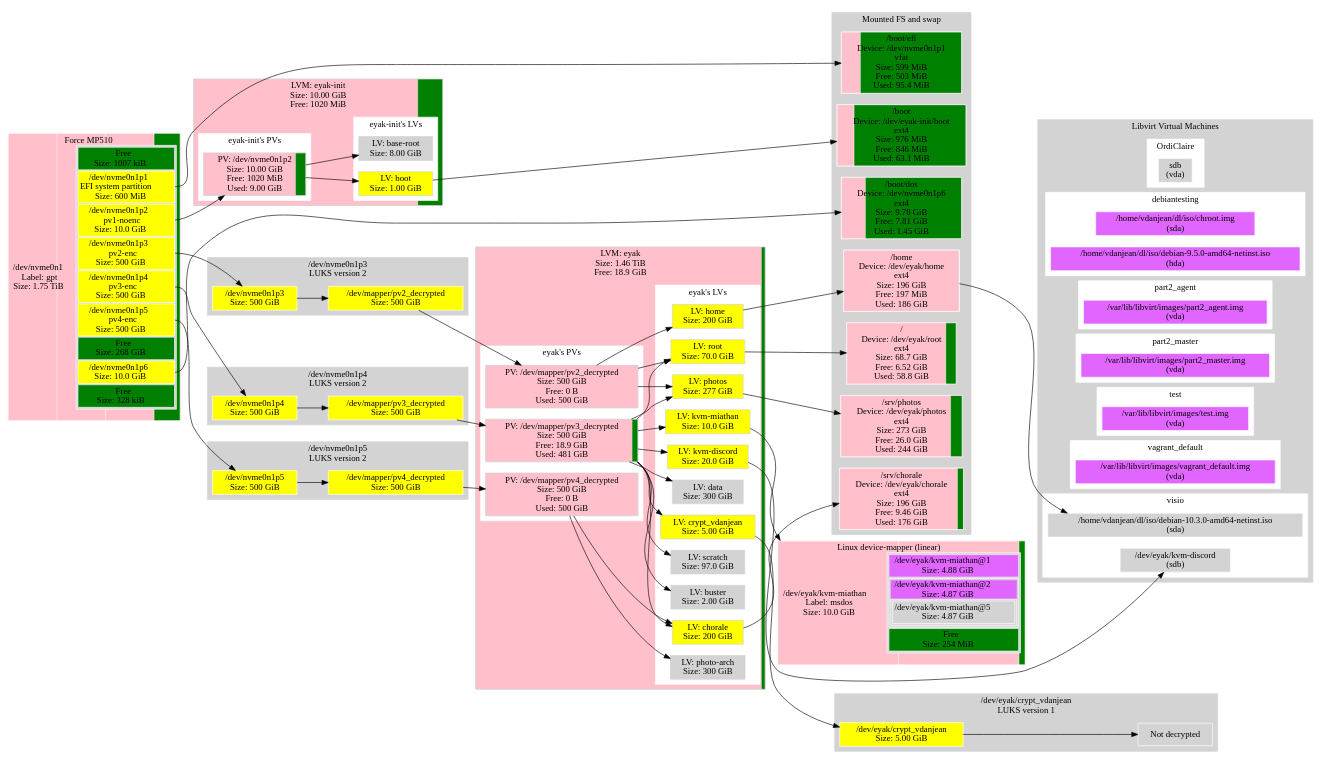
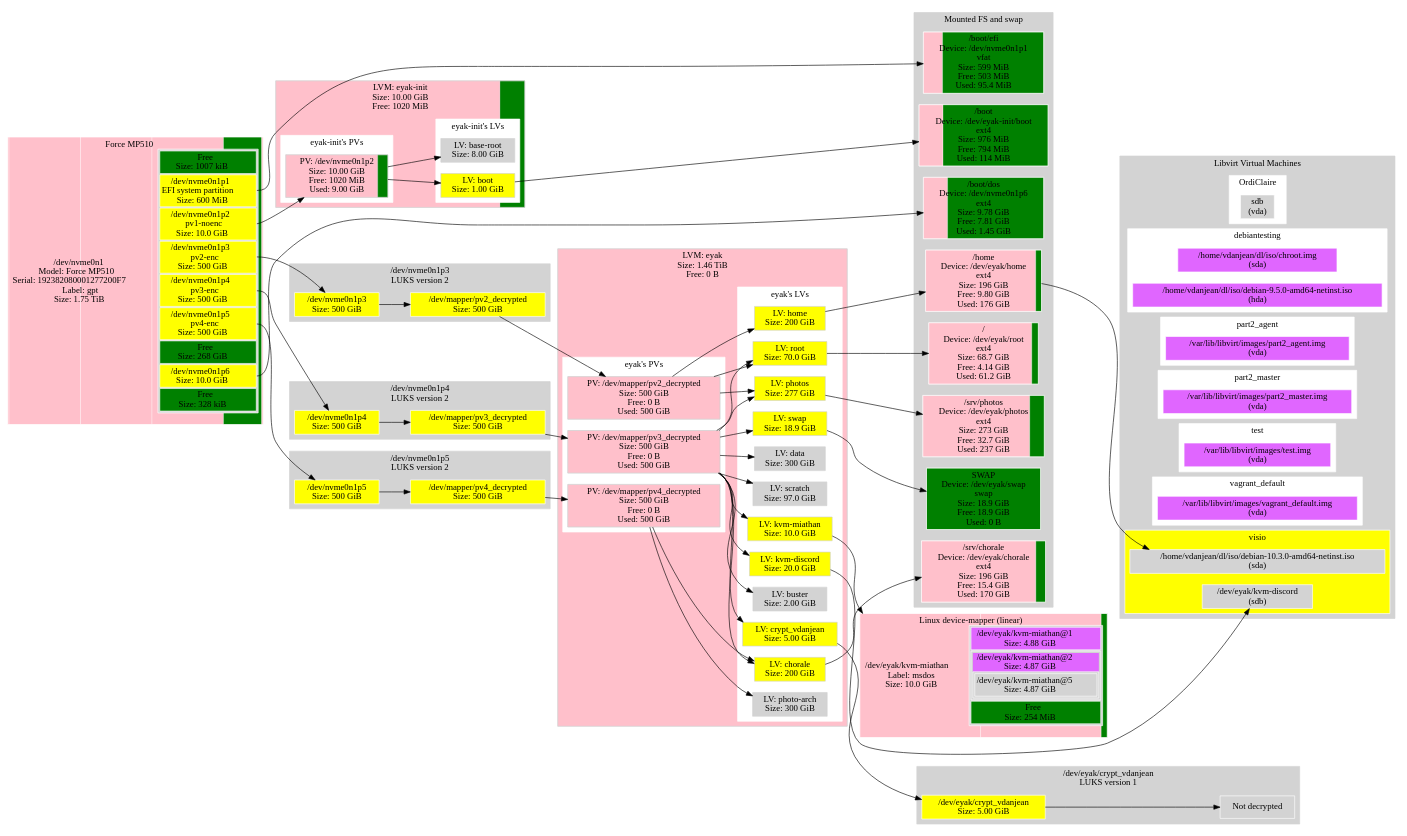
The diagram in distros/S/StorageDisplay/data/localhost.ref.dot (metacpan/metacpan-cpan-extracted), drawn with Graphviz before and after one commit. The commit also changed 2801 other files, not shown here.

```diff
--- a/distros/S/StorageDisplay/data/localhost.ref.dot
+++ b/distros/S/StorageDisplay/data/localhost.ref.dot
@@ -43,7 +43,7 @@
 	]; }
 	{ "@Part: nvme0n1" [
 		label=<<TABLE BORDER="0" CELLPADDING="0" CELLSPACING="0">
-				<TR> <TD COLSPAN="2">Force MP510</TD> </TR><TR><TD >/dev/nvme0n1<BR/>Label: gpt<BR/>Size: 1.75 TiB</TD>    <TD BGCOLOR="lightgrey">
+				<TR> <TD COLSPAN="2">Force MP510</TD> </TR><TR><TD >/dev/nvme0n1<BR/>Model: Force MP510<BR/>Serial: 192382080001277200F7<BR/>Label: gpt<BR/>Size: 1.75 TiB</TD>    <TD BGCOLOR="lightgrey">
 				<TABLE >
 					<TR>
 						<TD bgcolor="green">
@@ -114,10 +114,10 @@
 				style=striped;fillcolor="pink;1.000000.2:green"
 			]; }
 			{ "LVM@eyak@PV@dm-4" [
-				label="PV: /dev/mapper/pv3_decrypted\nSize: 500 GiB\nFree: 18.9 GiB\nUsed: 481 GiB";
-				style=striped;fillcolor="pink;0.962116.2:green"
+				label="PV: /dev/mapper/pv3_decrypted\nSize: 500 GiB\nFree: 0 B\nUsed: 500 GiB";
+				style=striped;fillcolor="pink;1.000000.2:green"
 			]; }
-			{ "LVM@eyak@PV@dm-13" [
+			{ "LVM@eyak@PV@dm-14" [
 				label="PV: /dev/mapper/pv4_decrypted\nSize: 500 GiB\nFree: 0 B\nUsed: 500 GiB";
 				style=striped;fillcolor="pink;1.000000.2:green"
 			]; }
@@ -130,7 +130,7 @@
 				label="LV: buster\nSize: 2.00 GiB";
 				fillcolor="lightgrey"
 			]; }
-			{ "dm-15" [
+			{ "dm-16" [
 				label="LV: chorale\nSize: 200 GiB";
 				fillcolor="yellow"
 			]; }
@@ -154,7 +154,7 @@
 				label="LV: kvm-miathan\nSize: 10.0 GiB";
 				fillcolor="yellow"
 			]; }
-			{ "dm-14" [
+			{ "dm-15" [
 				label="LV: photo-arch\nSize: 300 GiB";
 				fillcolor="lightgrey"
 			]; }
@@ -170,10 +170,14 @@
 				label="LV: scratch\nSize: 97.0 GiB";
 				fillcolor="lightgrey"
 			]; }
+			{ "dm-13" [
+				label="LV: swap\nSize: 18.9 GiB";
+				fillcolor="yellow"
+			]; }
 			label="eyak's LVs";
 		}
-		label="LVM: eyak\nSize: 1.46 TiB\nFree: 18.9 GiB";
-		style=striped;fillcolor="pink;0.987372.2:green"
+		label="LVM: eyak\nSize: 1.46 TiB\nFree: 0 B";
+		style=striped;fillcolor="pink;1.000000.2:green"
 	}
 	subgraph "cluster_eyak-init" {
 		style=filled;
@@ -258,7 +262,7 @@
 			label="/dev/nvme0n1p5\nSize: 500 GiB";
 			fillcolor="yellow"
 		]; }
-		{ "dm-13" [
+		{ "dm-14" [
 			label="/dev/mapper/pv4_decrypted\nSize: 500 GiB";
 			fillcolor="yellow"
 		]; }
@@ -269,29 +273,33 @@
 		color=lightgrey;
 		fillcolor=lightgrey;
 		node [style=filled,color=white,fillcolor=lightgrey,shape=rectangle];
+		{ "@FS@SWAP" [
+			label="SWAP\nDevice: /dev/eyak/swap\nswap\nSize: 18.9 GiB\nFree: 18.9 GiB\nUsed: 0 B";
+			style=striped;fillcolor="green"
+		]; }
 		{ "@FS@/boot" [
-			label="/boot\nDevice: /dev/eyak-init/boot\next4\nSize: 976 MiB\nFree: 846 MiB\nUsed: 63.1 MiB";
-			style=striped;fillcolor="pink;0.133515.2:green"
+			label="/boot\nDevice: /dev/eyak-init/boot\next4\nSize: 976 MiB\nFree: 794 MiB\nUsed: 114 MiB";
+			style=striped;fillcolor="pink;0.185962.2:green"
 		]; }
 		{ "@FS@/srv/chorale" [
-			label="/srv/chorale\nDevice: /dev/eyak/chorale\next4\nSize: 196 GiB\nFree: 9.46 GiB\nUsed: 176 GiB";
-			style=striped;fillcolor="pink;0.951683.2:green"
+			label="/srv/chorale\nDevice: /dev/eyak/chorale\next4\nSize: 196 GiB\nFree: 15.4 GiB\nUsed: 170 GiB";
+			style=striped;fillcolor="pink;0.921532.2:green"
 		]; }
 		{ "@FS@/home" [
-			label="/home\nDevice: /dev/eyak/home\next4\nSize: 196 GiB\nFree: 197 MiB\nUsed: 186 GiB";
-			style=striped;fillcolor="pink;0.999017.2:green"
+			label="/home\nDevice: /dev/eyak/home\next4\nSize: 196 GiB\nFree: 9.80 GiB\nUsed: 176 GiB";
+			style=striped;fillcolor="pink;0.949954.2:green"
 		]; }
 		{ "@FS@/srv/photos" [
-			label="/srv/photos\nDevice: /dev/eyak/photos\next4\nSize: 273 GiB\nFree: 26.0 GiB\nUsed: 244 GiB";
-			style=striped;fillcolor="pink;0.904696.2:green"
+			label="/srv/photos\nDevice: /dev/eyak/photos\next4\nSize: 273 GiB\nFree: 32.7 GiB\nUsed: 237 GiB";
+			style=striped;fillcolor="pink;0.880000.2:green"
 		]; }
 		{ "@FS@/" [
-			label="/\nDevice: /dev/eyak/root\next4\nSize: 68.7 GiB\nFree: 6.52 GiB\nUsed: 58.8 GiB";
-			style=striped;fillcolor="pink;0.904970.2:green"
+			label="/\nDevice: /dev/eyak/root\next4\nSize: 68.7 GiB\nFree: 4.14 GiB\nUsed: 61.2 GiB";
+			style=striped;fillcolor="pink;0.939638.2:green"
 		]; }
 		{ "@FS@/boot/efi" [
 			label="/boot/efi\nDevice: /dev/nvme0n1p1\nvfat\nSize: 599 MiB\nFree: 503 MiB\nUsed: 95.4 MiB";
-			style=striped;fillcolor="pink;0.159267.2:green"
+			style=striped;fillcolor="pink;0.159398.2:green"
 		]; }
 		{ "@FS@/boot/dos" [
 			label="/boot/dos\nDevice: /dev/nvme0n1p6\next4\nSize: 9.78 GiB\nFree: 7.81 GiB\nUsed: 1.45 GiB";
@@ -376,24 +384,26 @@
 				label="/home/vdanjean/dl/iso/debian-10.3.0-amd64-netinst.iso\n(sda)";
 			]; }
 			label="visio";
+			fillcolor=yellow
 		}
 		label="Libvirt Virtual Machines";
 	}
 	// Links from LVM VG: eyak
 	"LVM@eyak@PV@dm-4" -> "dm-12"
-	"LVM@eyak@PV@dm-13" -> "dm-15"
-	"LVM@eyak@PV@dm-4" -> "dm-15"
+	"LVM@eyak@PV@dm-14" -> "dm-16"
+	"LVM@eyak@PV@dm-4" -> "dm-16"
 	"LVM@eyak@PV@dm-4" -> "dm-7"
 	"LVM@eyak@PV@dm-4" -> "dm-9"
 	"LVM@eyak@PV@dm-2" -> "dm-3"
 	"LVM@eyak@PV@dm-4" -> "dm-11"
 	"LVM@eyak@PV@dm-4" -> "dm-8"
-	"LVM@eyak@PV@dm-13" -> "dm-14"
+	"LVM@eyak@PV@dm-14" -> "dm-15"
 	"LVM@eyak@PV@dm-2" -> "dm-6"
 	"LVM@eyak@PV@dm-4" -> "dm-6"
 	"LVM@eyak@PV@dm-2" -> "dm-5"
 	"LVM@eyak@PV@dm-4" -> "dm-5"
 	"LVM@eyak@PV@dm-4" -> "dm-10"
+	"LVM@eyak@PV@dm-4" -> "dm-13"
 	// Links from LVM VG: eyak-init
 	"LVM@eyak-init@PV@nvme0n1p2" -> "dm-1"
 	"LVM@eyak-init@PV@nvme0n1p2" -> "dm-0"
@@ -404,15 +414,15 @@
 	// Links from LUKS: /dev/nvme0n1p4
 	"@LUKS@nvme0n1p4@nvme0n1p4" -> "dm-4"
 	// Links from LUKS: /dev/nvme0n1p5
-	"@LUKS@nvme0n1p5@nvme0n1p5" -> "dm-13"
+	"@LUKS@nvme0n1p5@nvme0n1p5" -> "dm-14"
 	// Links for @Part: dm-8
 	"dm-8" -> "@Part: dm-8"
 	// Links for LVM@eyak@PV@dm-2
 	"dm-2" -> "LVM@eyak@PV@dm-2"
 	// Links for LVM@eyak@PV@dm-4
 	"dm-4" -> "LVM@eyak@PV@dm-4"
-	// Links for LVM@eyak@PV@dm-13
-	"dm-13" -> "LVM@eyak@PV@dm-13"
+	// Links for LVM@eyak@PV@dm-14
+	"dm-14" -> "LVM@eyak@PV@dm-14"
 	// Links for LVM@eyak-init@PV@nvme0n1p2
 	"@Part: nvme0n1":"2" -> "LVM@eyak-init@PV@nvme0n1p2"
 	// Links for @LUKS@dm-7@dm-7
@@ -423,10 +433,12 @@
 	"@Part: nvme0n1":"4" -> "@LUKS@nvme0n1p4@nvme0n1p4"
 	// Links for @LUKS@nvme0n1p5@nvme0n1p5
 	"@Part: nvme0n1":"5" -> "@LUKS@nvme0n1p5@nvme0n1p5"
+	// Links for @FS@SWAP
+	"dm-13" -> "@FS@SWAP"
 	// Links for @FS@/boot
 	"dm-0" -> "@FS@/boot"
 	// Links for @FS@/srv/chorale
-	"dm-15" -> "@FS@/srv/chorale"
+	"dm-16" -> "@FS@/srv/chorale"
 	// Links for @FS@/home
 	"dm-3" -> "@FS@/home"
 	// Links for @FS@/srv/photos
```
